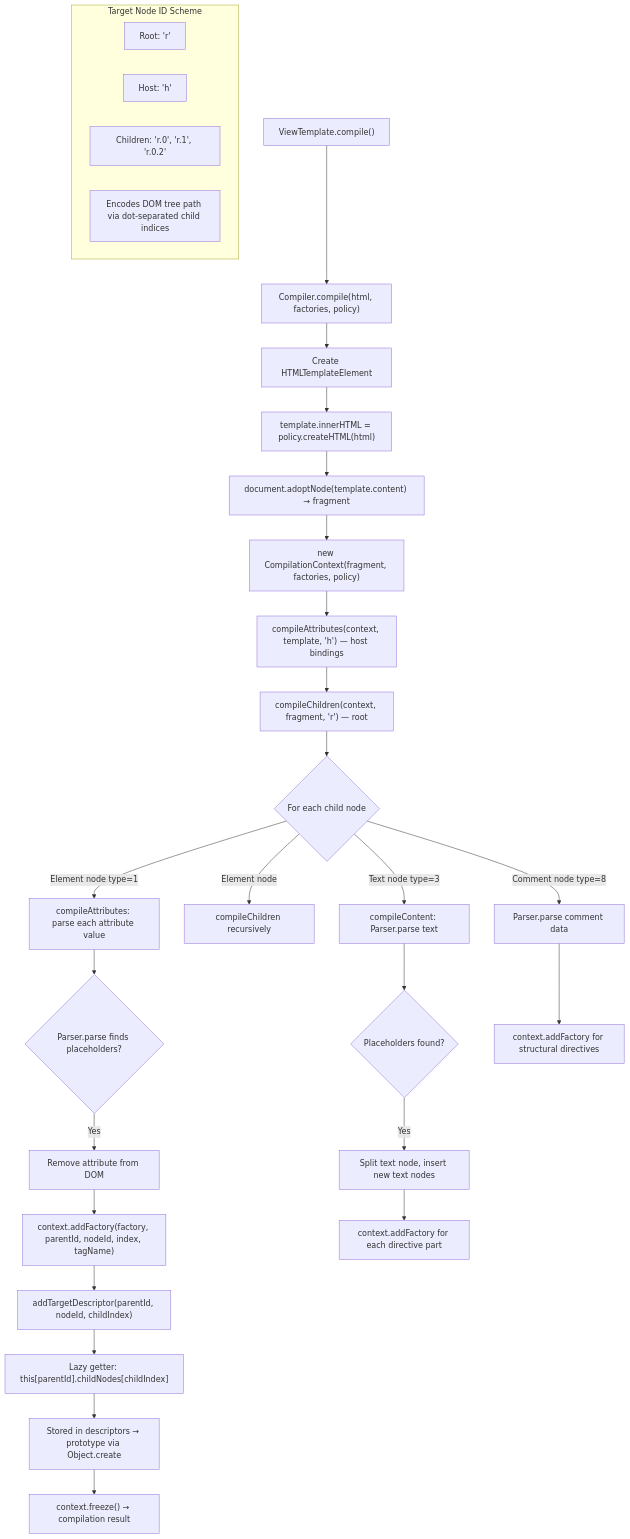
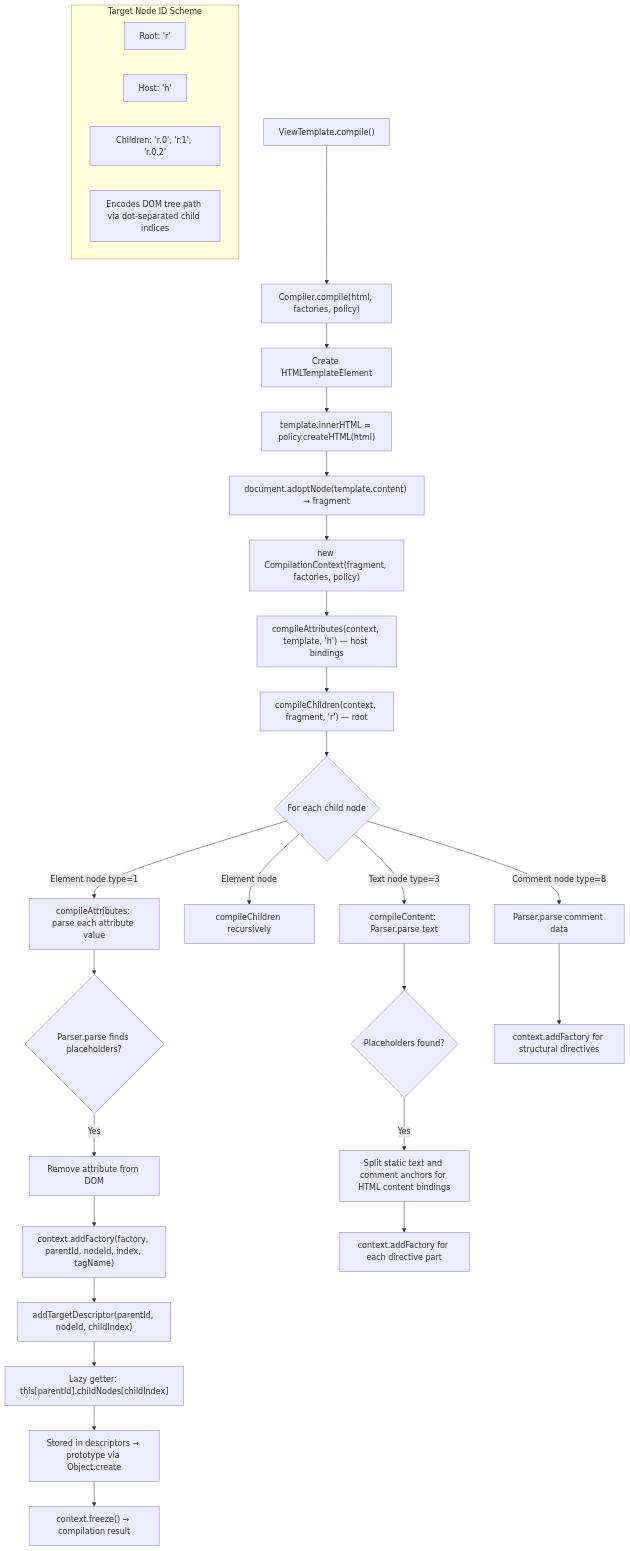
The second of 12 diagrams in packages/fast-element/docs/template-bindings.md (microsoft/fast), drawn with Mermaid before and after one commit. The commit also changed other lines of this file and 19 other files, not shown here.

````diff
--- a/packages/fast-element/docs/template-bindings.md
+++ b/packages/fast-element/docs/template-bindings.md
@@ -54,36 +54,36 @@
 ```mermaid
 flowchart TD
     A["ViewTemplate.compile()"] --> B["Compiler.compile(html, factories, policy)"]
     B --> C["Create HTMLTemplateElement"]
     C --> D["template.innerHTML = policy.createHTML(html)"]
     D --> E["document.adoptNode(template.content) → fragment"]
     E --> F["new CompilationContext(fragment, factories, policy)"]
     F --> G["compileAttributes(context, template, 'h') — host bindings"]
     G --> H["compileChildren(context, fragment, 'r') — root"]
 
     H --> I{"For each child node"}
     I -->|Element node type=1| J["compileAttributes: parse each attribute value"]
     J --> K{"Parser.parse finds placeholders?"}
     K -->|Yes| L["Remove attribute from DOM"]
     L --> M["context.addFactory(factory, parentId, nodeId, index, tagName)"]
     I -->|Element node| N["compileChildren recursively"]
     I -->|Text node type=3| O["compileContent: Parser.parse text"]
     O --> P{"Placeholders found?"}
-    P -->|Yes| Q["Split text node, insert new text nodes"]
+    P -->|Yes| Q["Split static text and comment anchors for HTML content bindings"]
     Q --> R["context.addFactory for each directive part"]
     I -->|Comment node type=8| S["Parser.parse comment data"]
     S --> T["context.addFactory for structural directives"]
 
     M --> U["addTargetDescriptor(parentId, nodeId, childIndex)"]
     U --> V["Lazy getter: this[parentId].childNodes[childIndex]"]
     V --> W["Stored in descriptors → prototype via Object.create"]
 
     subgraph "Target Node ID Scheme"
         X["Root: 'r'"]
         Y["Host: 'h'"]
         Z["Children: 'r.0', 'r.1', 'r.0.2'"]
         AA["Encodes DOM tree path via dot-separated child indices"]
     end
 
     W --> AB["context.freeze() → compilation result"]
 ```
````
